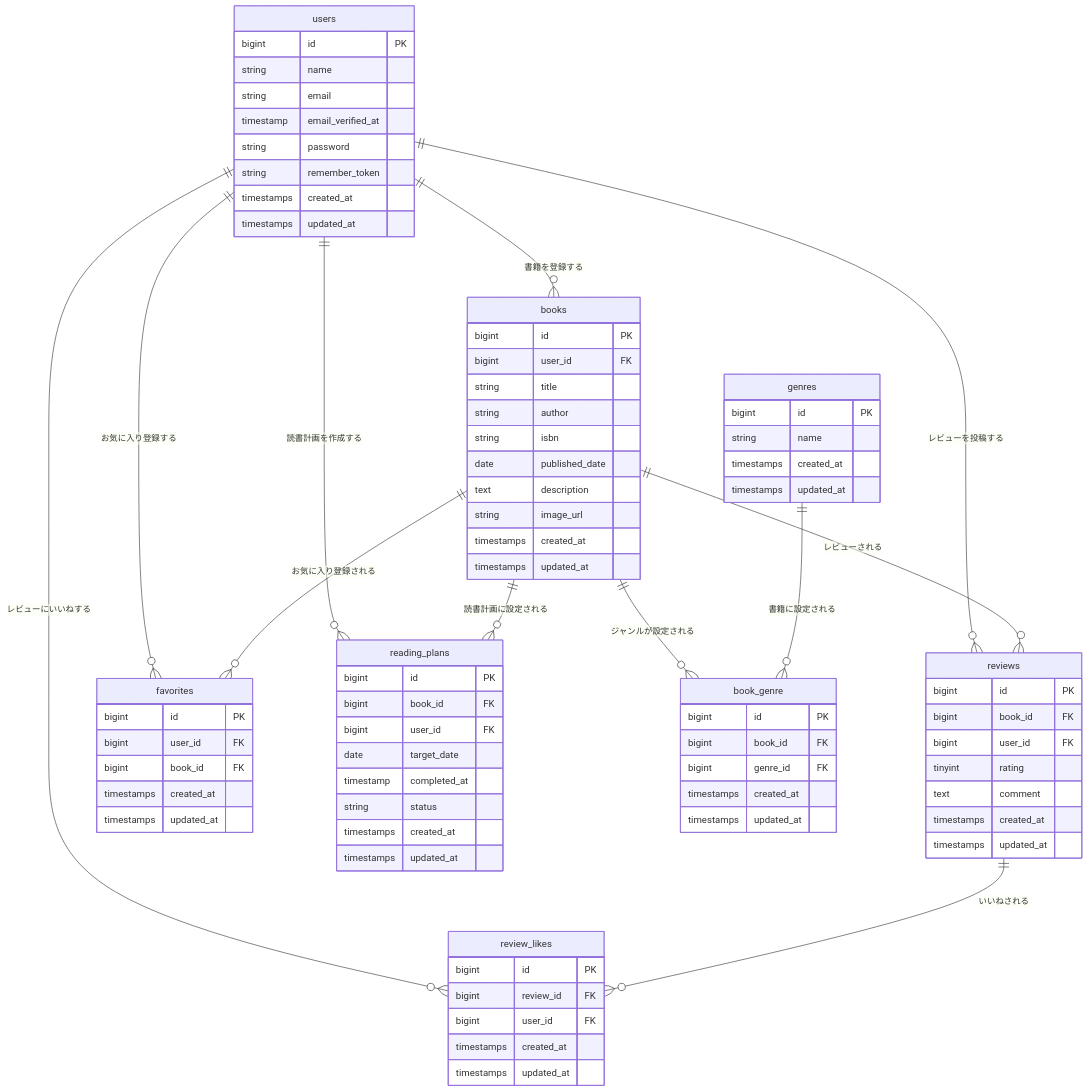
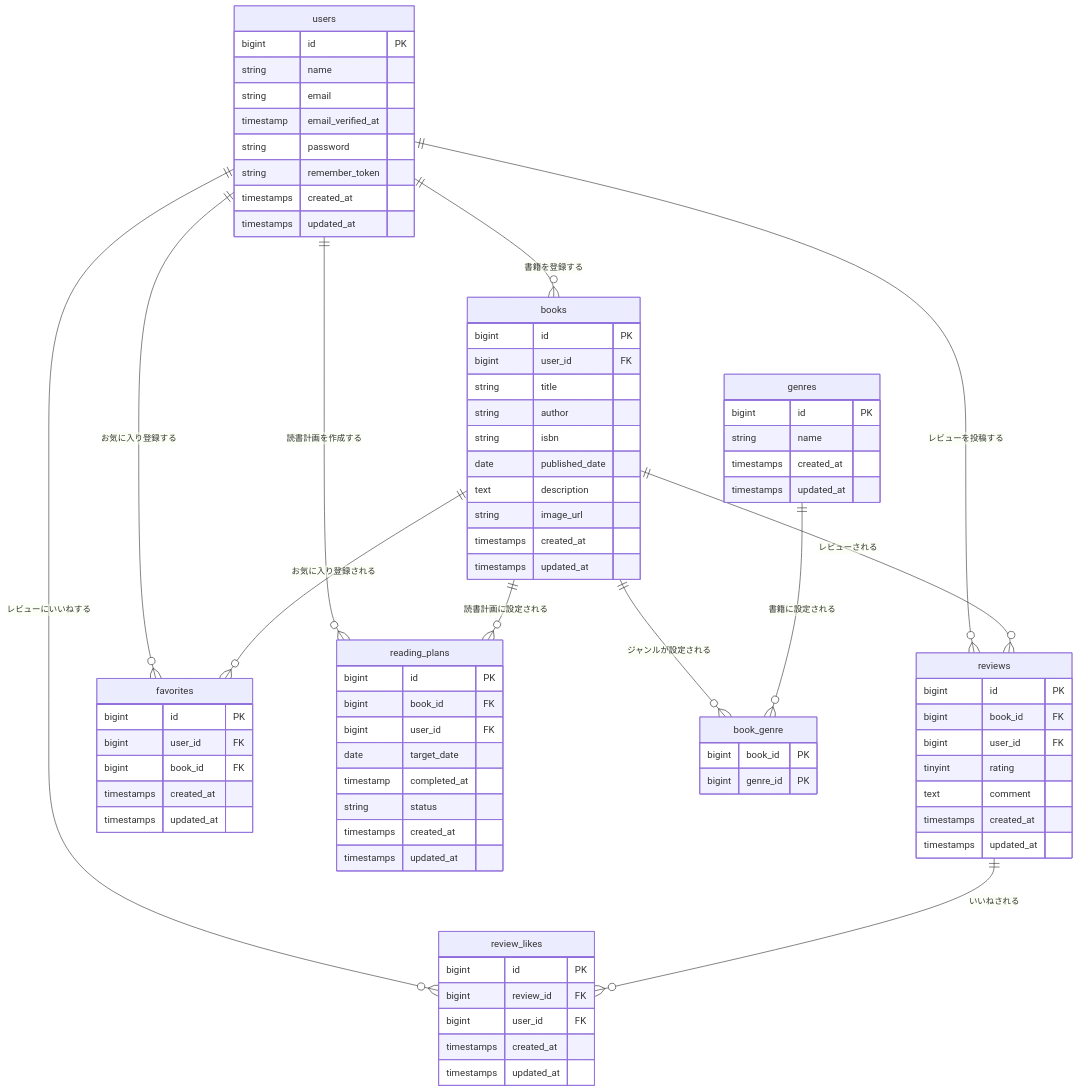
Before and after one commit to Zackey64/bookshelf-app: the diagram in README.md, drawn with Mermaid. The commit also changed 3 other files, not shown here.

```diff
--- a/README.md
+++ b/README.md
@@ -57,11 +57,8 @@
     }
 
     book_genre {
-        bigint id PK
-        bigint book_id FK
-        bigint genre_id FK
-        timestamps created_at
-        timestamps updated_at
+        bigint book_id PK
+        bigint genre_id PK
     }
 
     reviews {
```
